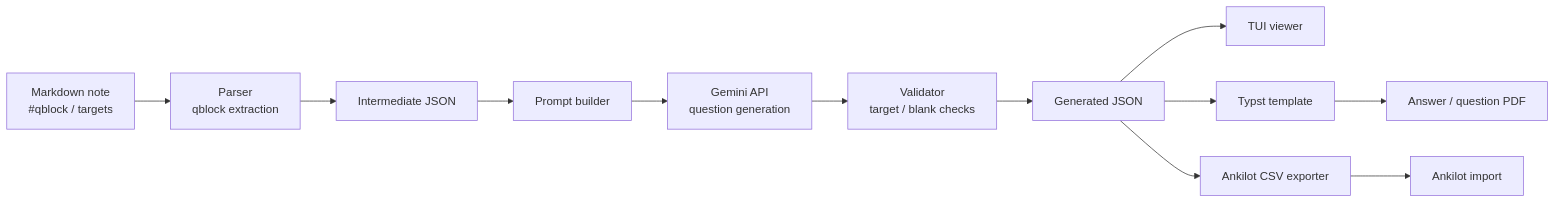
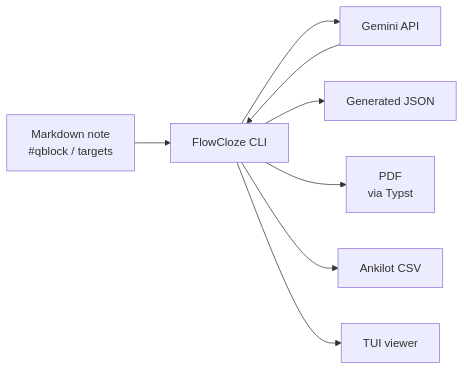
One commit to sankaku789/FlowCloze changed the diagram in README.md. Above: the diagram before and after it, drawn with Mermaid. The commit also changed other lines of this file and 23 other files, not shown here.

````diff
--- a/README.md
+++ b/README.md
@@ -31,14 +36,10 @@
 ```mermaid
 flowchart LR
-    note[Markdown note<br/>#qblock / targets] --> parser[Parser<br/>qblock extraction]
-    parser --> intermediate[Intermediate JSON]
-    intermediate --> prompt[Prompt builder]
-    prompt --> gemini[Gemini API<br/>question generation]
-    gemini --> validator[Validator<br/>target / blank checks]
-    validator --> generated[Generated JSON]
-    generated --> tui[TUI viewer]
-    generated --> typst[Typst template]
-    generated --> csv[Ankilot CSV exporter]
-    typst --> pdf[Answer / question PDF]
-    csv --> ankilot[Ankilot import]
+    note[Markdown note<br/>#qblock / targets] --> cli[FlowCloze CLI]
+    cli --> gemini[Gemini API]
+    gemini --> cli
+    cli --> json[Generated JSON]
+    cli --> pdf[PDF<br/>via Typst]
+    cli --> csv[Ankilot CSV]
+    cli --> tui[TUI viewer]
 ```
````
